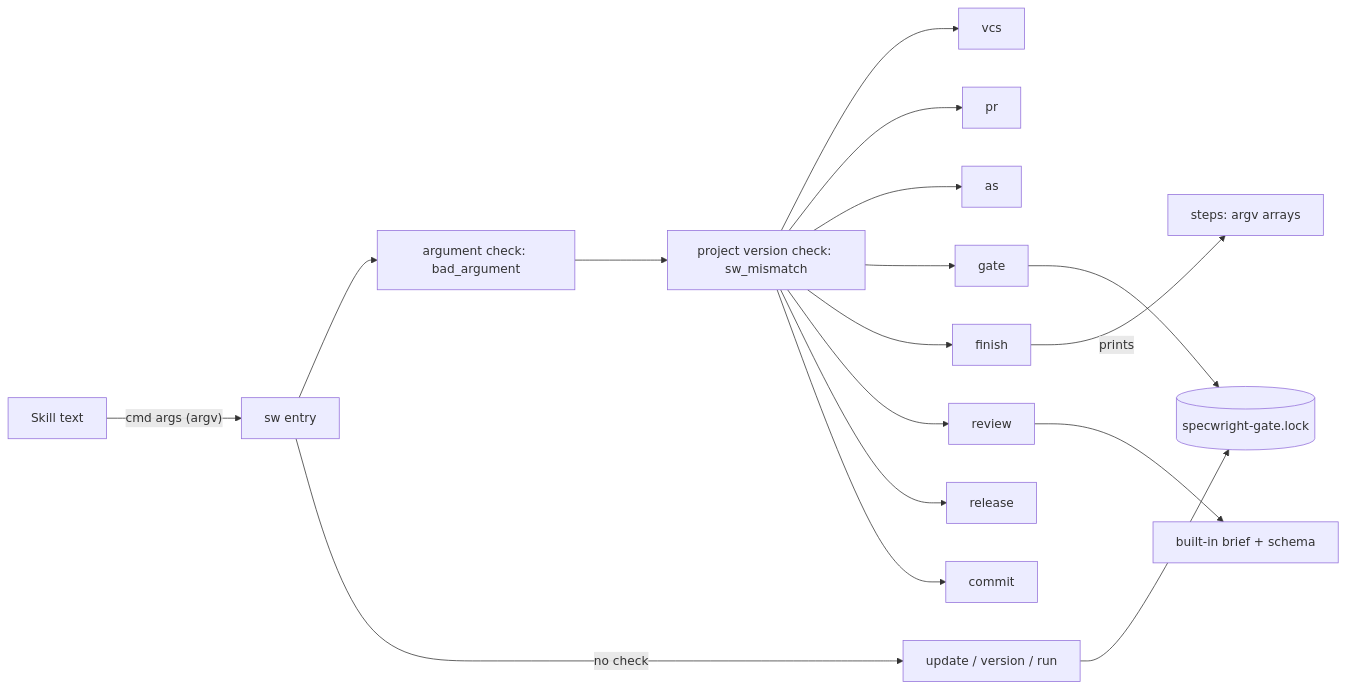
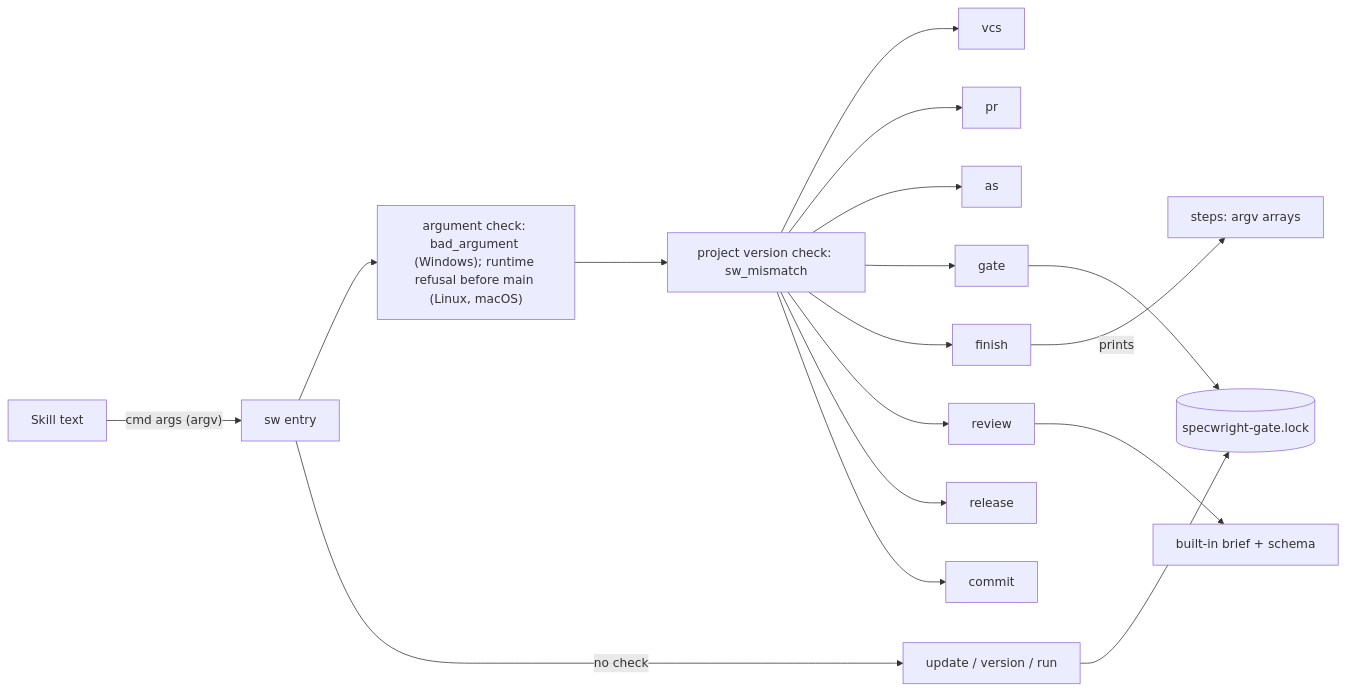
The first of 3 diagrams in openspec/changes/native-cli-retire-scripts/design.md (sh1ny/specwright), drawn with Mermaid before and after one commit. The commit also changed other lines of this file and 9 other files, not shown here.

````diff
--- a/openspec/changes/native-cli-retire-scripts/design.md
+++ b/openspec/changes/native-cli-retire-scripts/design.md
@@ -197,19 +197,19 @@
 ```mermaid
 flowchart LR
   Skill[Skill text] -->|"<sw> cmd args (argv)"| Entry[sw entry]
-  Entry --> Args[argument check: bad_argument]
+  Entry --> Args["argument check: bad_argument (Windows); runtime refusal before main (Linux, macOS)"]
   Args --> Ver[project version check: sw_mismatch]
   Ver --> Vcs[vcs]
   Ver --> Pr[pr]
   Ver --> As[as]
   Ver --> Gate[gate]
   Ver --> Fin[finish]
   Ver --> Rev[review]
   Ver --> Rel[release]
   Ver --> Com[commit]
   Entry -->|no check| Upd[update / version / run]
   Gate --> Lock[(specwright-gate.lock)]
   Upd --> Lock
   Rev --> Refs[built-in brief + schema]
   Fin -->|prints| Steps[steps: argv arrays]
 ```
````
